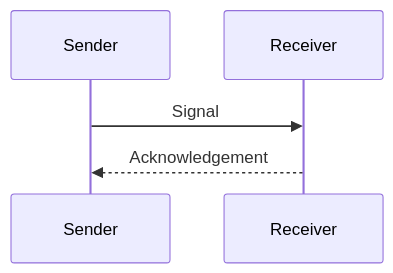
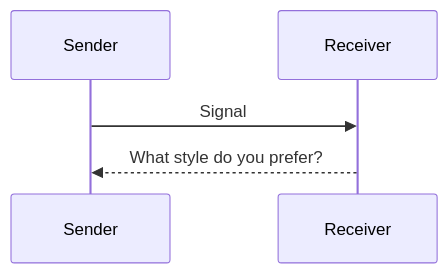
Before and after one commit to MurmurationPress/storytelling: the second of 5 diagrams in tools/story-teller/samples/diagram-project/scenes/Signal.md, drawn with Mermaid. The commit also changed other lines of this file and 20 other files, not shown here.

Commit message:
Revise Mermaid reader presentation and allow safe per-diagram styling

````diff
--- a/tools/story-teller/samples/diagram-project/scenes/Signal.md
+++ b/tools/story-teller/samples/diagram-project/scenes/Signal.md
@@ -12,7 +14,7 @@
 ```mermaid
 sequenceDiagram
   accTitle: Acknowledgement
   accDescr: Sender sends a signal and receiver acknowledges it.
   Sender->>Receiver: Signal
-  Receiver-->>Sender: Acknowledgement
+  Receiver-->>Sender: What style do you prefer?
 ```
````
